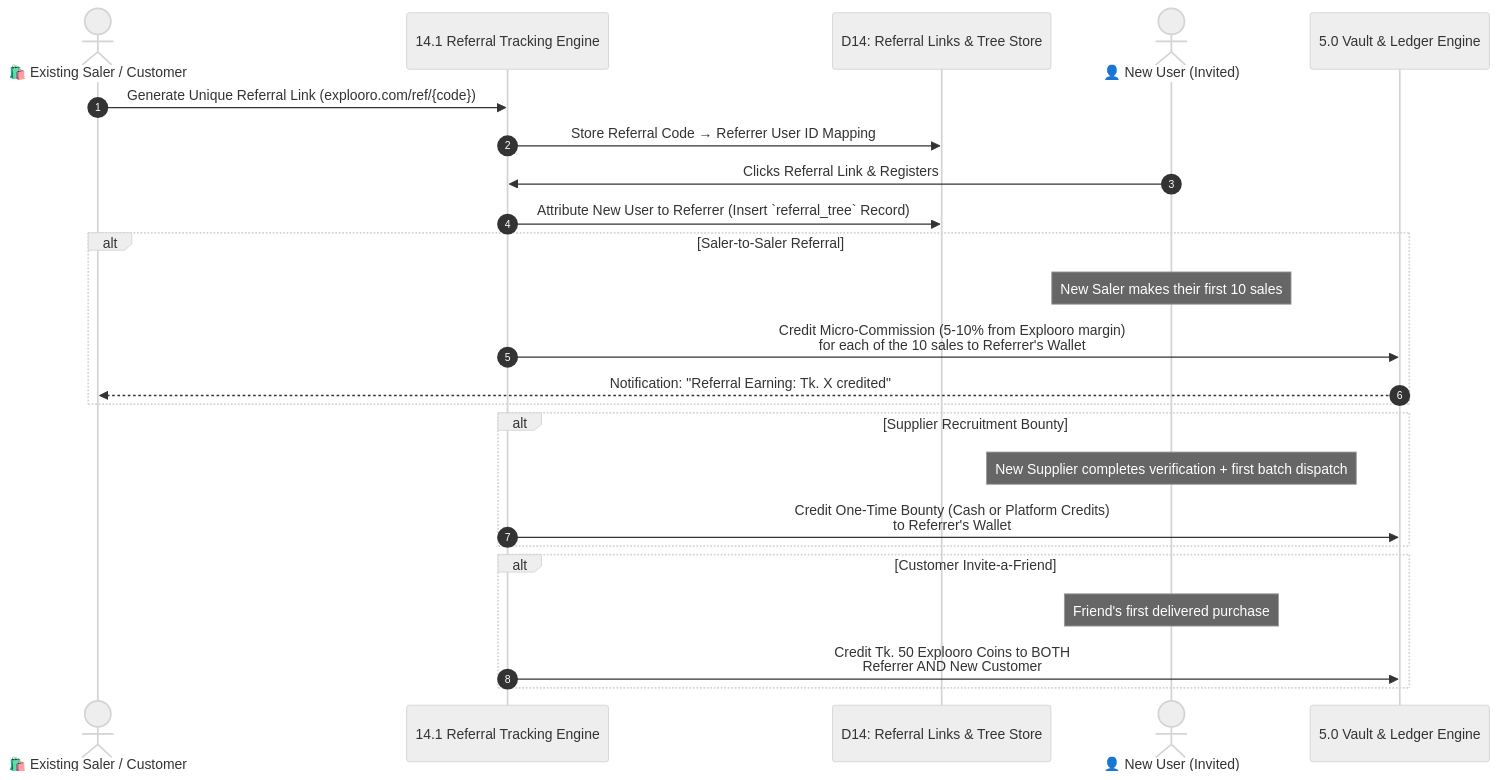
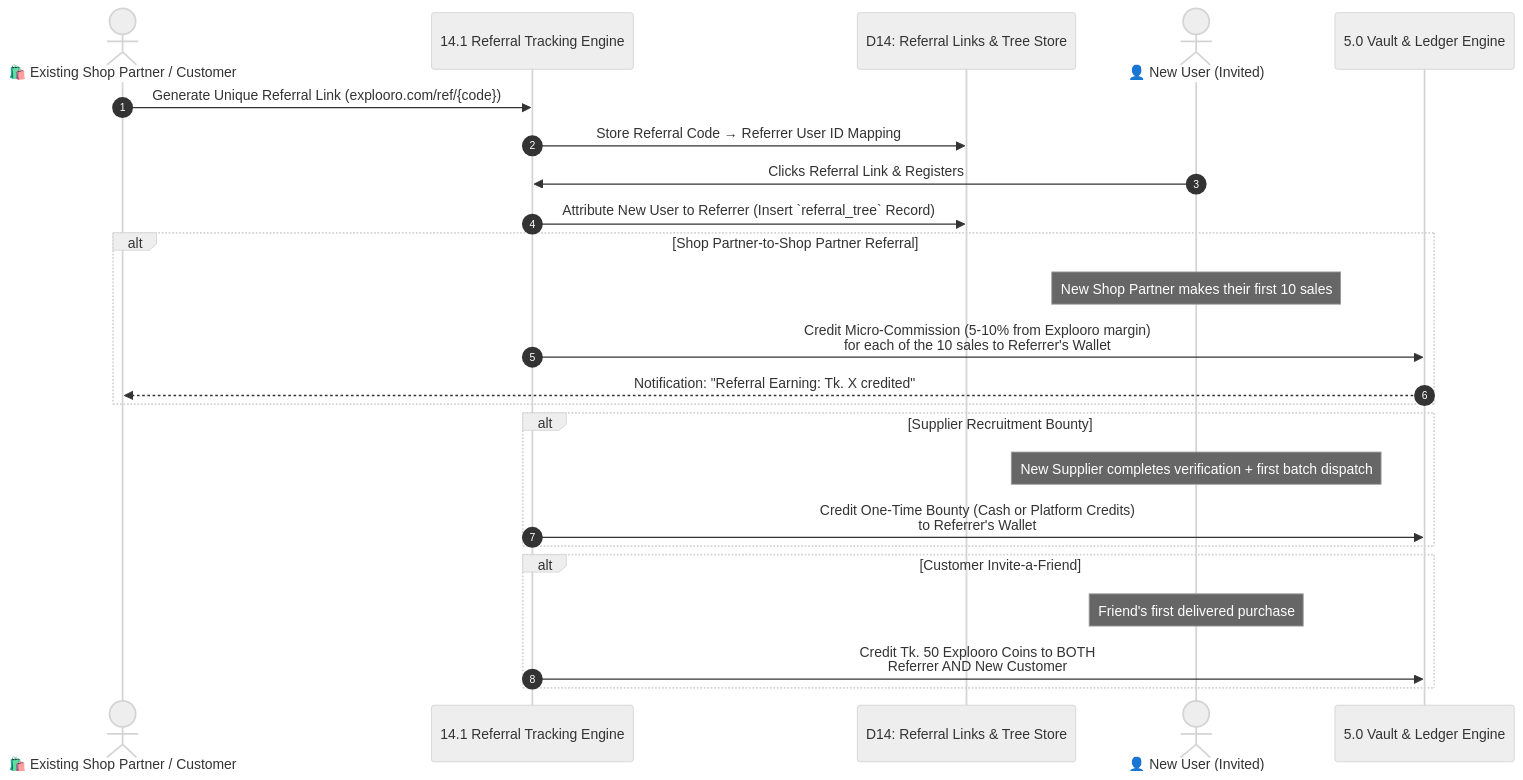
One commit to ashrafulta2/Explooro changed diagram 12 of 18 in docs/DFD.md. Above: the diagram before and after it, drawn with Mermaid (neutral theme). The commit also changed other lines of this file and 325 other files, not shown here.

First line of the commit message:
refactor: rename "Saler" and "Seller" to "Shop Partner" in all display text

````diff
--- a/docs/DFD.md
+++ b/docs/DFD.md
@@ -492,31 +492,31 @@
 ```mermaid
 sequenceDiagram
     autonumber
-    actor Referrer as 🛍️ Existing Saler / Customer
+    actor Referrer as 🛍️ Existing Shop Partner / Customer
     participant RefEngine as 14.1 Referral Tracking Engine
     participant DB as D14: Referral Links & Tree Store
     actor NewUser as 👤 New User (Invited)
     participant Vault as 5.0 Vault & Ledger Engine
 
     Referrer->>RefEngine: Generate Unique Referral Link (explooro.com/ref/{code})
     RefEngine->>DB: Store Referral Code → Referrer User ID Mapping
 
     NewUser->>RefEngine: Clicks Referral Link & Registers
     RefEngine->>DB: Attribute New User to Referrer (Insert `referral_tree` Record)
 
-    alt Saler-to-Saler Referral
-        Note over NewUser: New Saler makes their first 10 sales
+    alt Shop Partner-to-Shop Partner Referral
+        Note over NewUser: New Shop Partner makes their first 10 sales
         RefEngine->>Vault: Credit Micro-Commission (5-10% from Explooro margin)<br/>for each of the 10 sales to Referrer's Wallet
         Vault-->>Referrer: Notification: "Referral Earning: Tk. X credited"
     end
 
     alt Supplier Recruitment Bounty
         Note over NewUser: New Supplier completes verification + first batch dispatch
         RefEngine->>Vault: Credit One-Time Bounty (Cash or Platform Credits)<br/>to Referrer's Wallet
     end
 
     alt Customer Invite-a-Friend
         Note over NewUser: Friend's first delivered purchase
         RefEngine->>Vault: Credit Tk. 50 Explooro Coins to BOTH<br/>Referrer AND New Customer
     end
 ```
````
